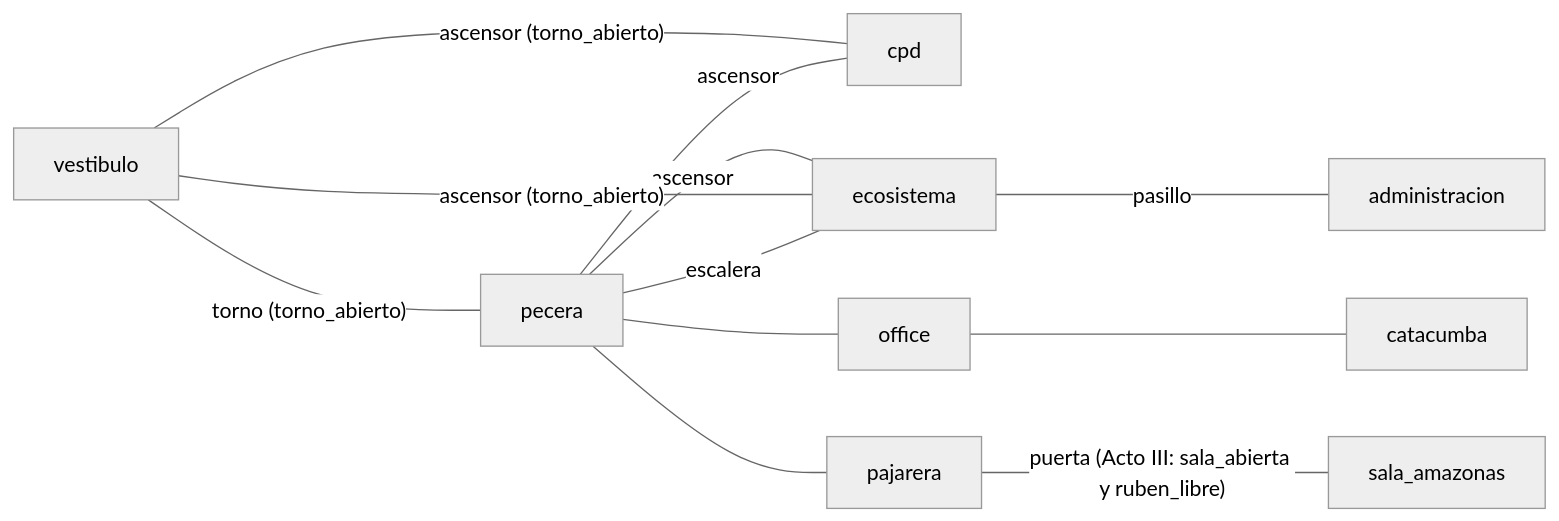
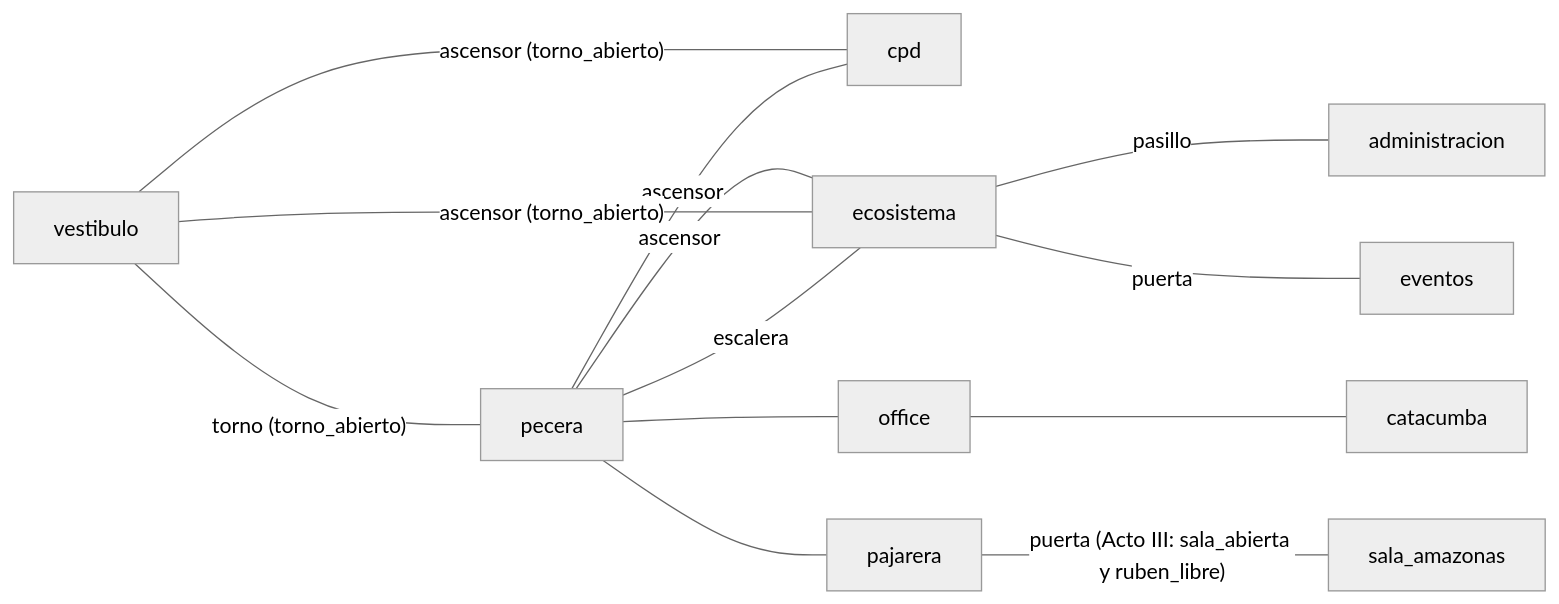
Before and after one commit to tridecoder/monkeyisland27: the first of 2 diagrams in docs/GUION_BIBLIA.md, drawn with Mermaid (neutral theme). The commit also changed other lines of this file and 26 other files, not shown here.

````diff
--- a/docs/GUION_BIBLIA.md
+++ b/docs/GUION_BIBLIA.md
@@ -361,14 +361,15 @@
 ```mermaid
 flowchart LR
   vestibulo -- torno (torno_abierto) --- pecera
   vestibulo -- ascensor (torno_abierto) --- cpd
   pecera -- ascensor --- cpd
   pecera -- ascensor --- ecosistema
   vestibulo -- ascensor (torno_abierto) --- ecosistema
   pecera --- office
   office --- catacumba
   pecera --- pajarera
   pajarera -- puerta (Acto III: sala_abierta y ruben_libre) --- sala_amazonas
   pecera -- escalera --- ecosistema
   ecosistema -- pasillo --- administracion
+  ecosistema -- puerta --- eventos
 ```
````
